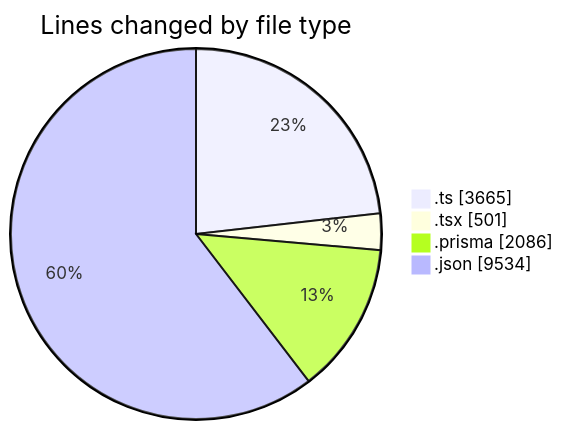
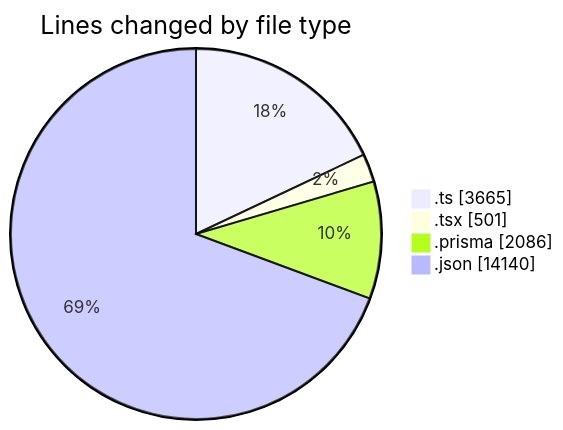
The first of 2 diagrams in 2025-05-19/ecodeli-1/README.md (CELIANVF/code-tracking), drawn with Mermaid before and after one commit. The commit also changed other lines of this file and 1 other file, not shown here.

````diff
--- a/2025-05-19/ecodeli-1/README.md
+++ b/2025-05-19/ecodeli-1/README.md
@@ -29,8 +31,8 @@
 ```mermaid
 pie showData
 title Lines changed by file type
 ".ts" : 3665
 ".tsx" : 501
 ".prisma" : 2086
-".json" : 9534
+".json" : 14140
 ```
````
